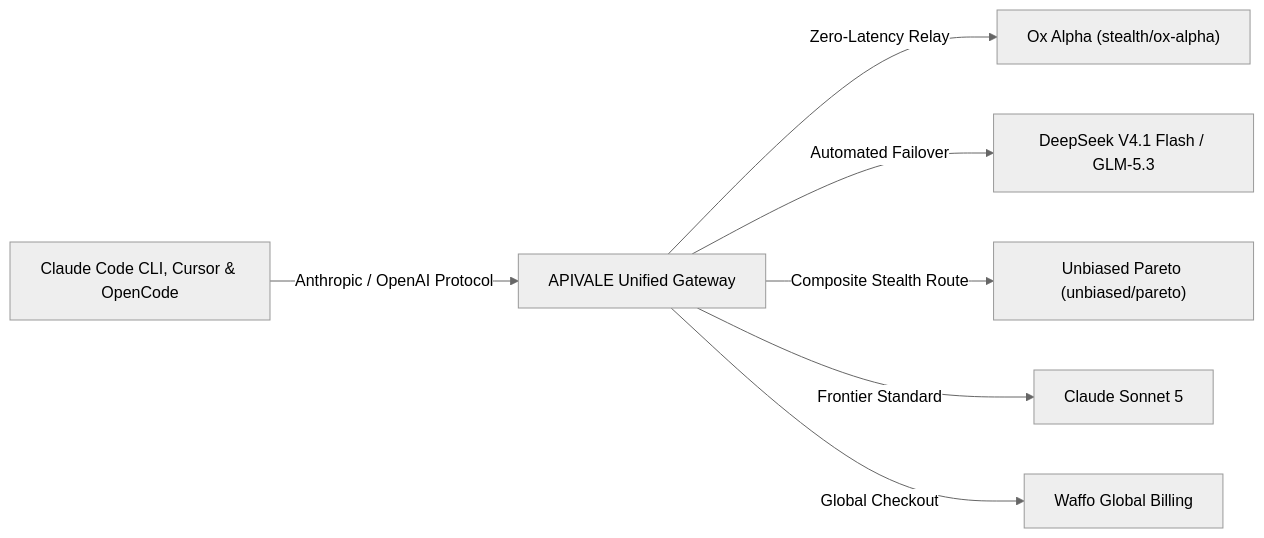
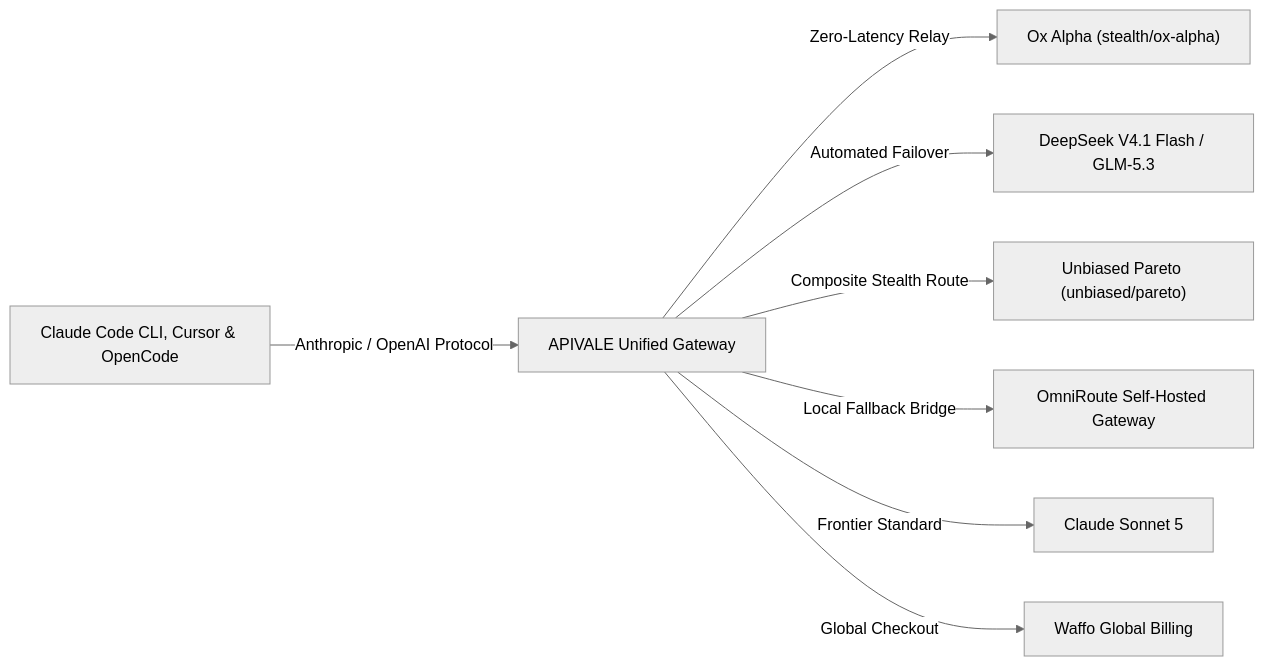
The diagram in src/content/blog/ox-alpha-claude-code-cursor-setup.md (bshx2024/apivel_blog), drawn with Mermaid (neutral theme) before and after one commit. The commit also changed other lines of this file and 4 other files, not shown here.

Commit message:
feat(blog): publish OmniRoute Claude Code setup guide with bidirectional internal links and action log

````diff
--- a/src/content/blog/ox-alpha-claude-code-cursor-setup.md
+++ b/src/content/blog/ox-alpha-claude-code-cursor-setup.md
@@ -29,9 +29,10 @@
 ```mermaid
 graph LR
     A["Claude Code CLI, Cursor & OpenCode"] -->|Anthropic / OpenAI Protocol| B["APIVALE Unified Gateway"]
     B -->|Zero-Latency Relay| C["Ox Alpha (stealth/ox-alpha)"]
     B -->|Automated Failover| D["DeepSeek V4.1 Flash / GLM-5.3"]
     B -->|Composite Stealth Route| G["Unbiased Pareto (unbiased/pareto)"]
+    B -->|Local Fallback Bridge| H["OmniRoute Self-Hosted Gateway"]
     B -->|Frontier Standard| E["Claude Sonnet 5"]
     B -->|Global Checkout| F["Waffo Global Billing"]
 ```
````
